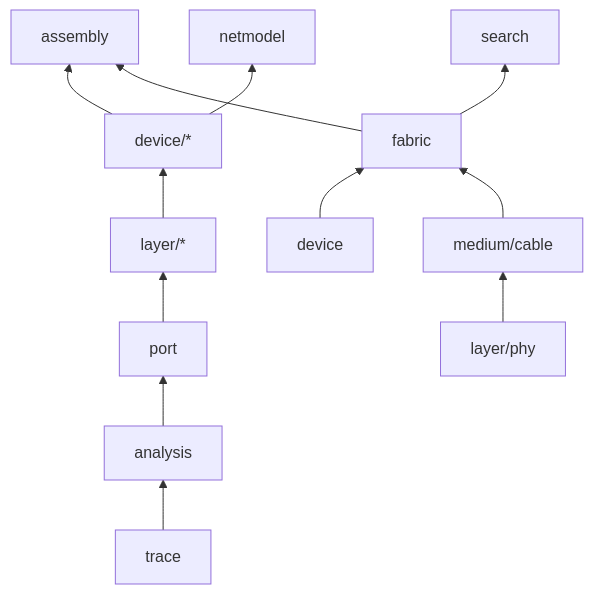
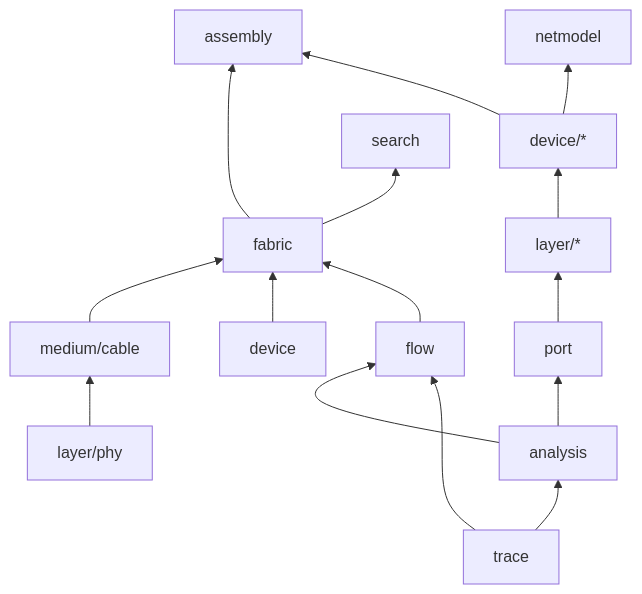
One commit to Aledantee/FlowSeer changed the diagram in docs/architecture/2026-10-01-simulation-package-shape-direction.md. Above: the diagram before and after it, drawn with Mermaid. The commit also changed other lines of this file and 31 other files, not shown here.

First line of the commit message:
Move flow identities and statistics to sim/flow

````diff
--- a/docs/architecture/2026-10-01-simulation-package-shape-direction.md
+++ b/docs/architecture/2026-10-01-simulation-package-shape-direction.md
@@ -69,12 +70,15 @@
 ```mermaid
 flowchart BT
     trace --> analysis --> port --> layer["layer/*"]
+    trace --> flow
+    analysis --> flow
+    flow --> fabric
     layer --> device["device/*"]
     device --> assembly
     seam["device"] --> fabric
     fabric --> assembly
     phy["layer/phy"] --> cable["medium/cable"]
     cable --> fabric
     device --> netmodel
     fabric --> search
 ```
````
